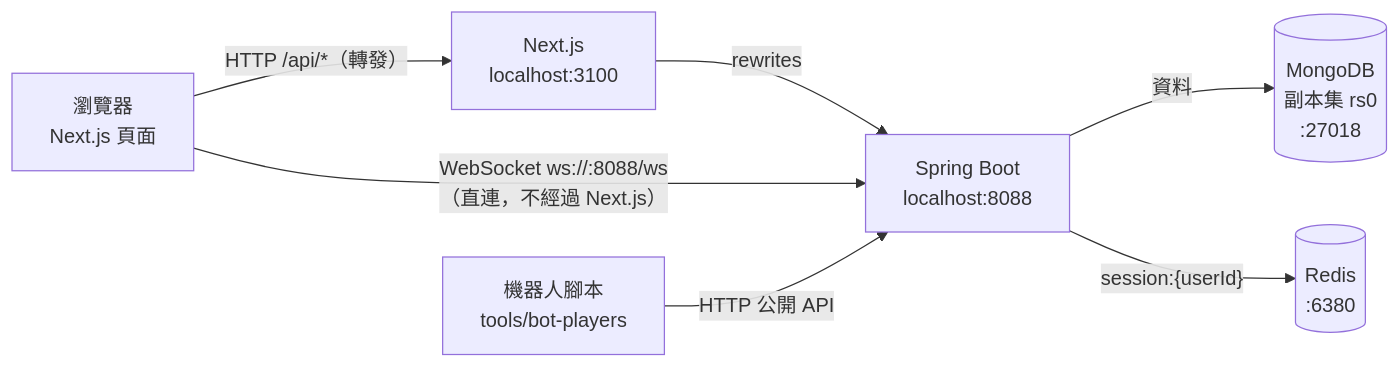
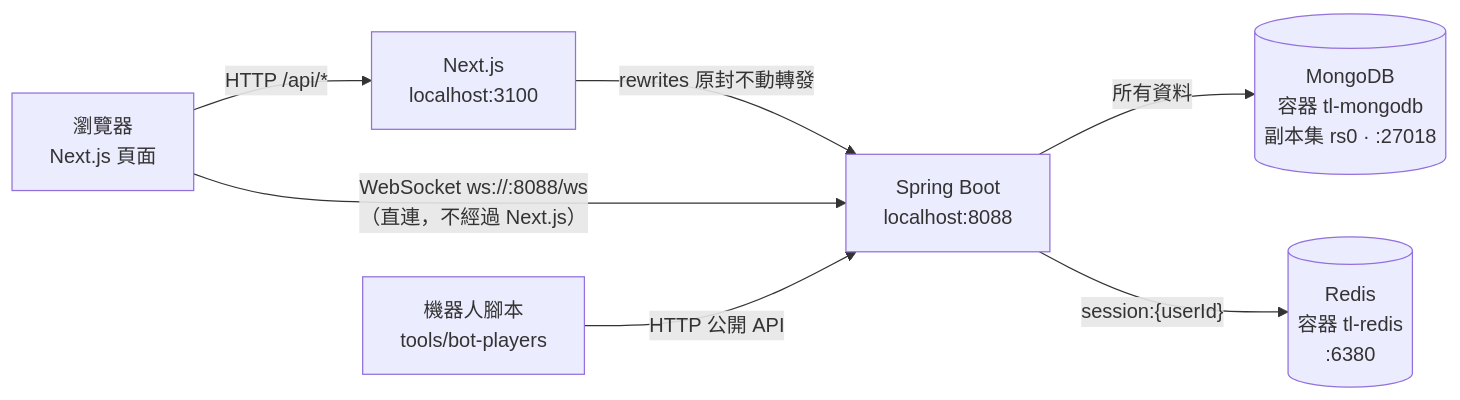
The first of 10 diagrams in docs/learning/project-workflow.md (rain-sc/30-lab), drawn with Mermaid before and after one commit. The commit also changed other lines of this file and 34 other files, not shown here.

````diff
--- a/docs/learning/project-workflow.md
+++ b/docs/learning/project-workflow.md
@@ -26,16 +41,16 @@
 ```mermaid
 flowchart LR
     Browser["瀏覽器<br/>Next.js 頁面"]
     Next["Next.js<br/>localhost:3100"]
     API["Spring Boot<br/>localhost:8088"]
-    Mongo[("MongoDB<br/>副本集 rs0<br/>:27018")]
-    Redis[("Redis<br/>:6380")]
+    Mongo[("MongoDB<br/>容器 tl-mongodb<br/>副本集 rs0 · :27018")]
+    Redis[("Redis<br/>容器 tl-redis<br/>:6380")]
     Bots["機器人腳本<br/>tools/bot-players"]
 
-    Browser -- "HTTP /api/*（轉發）" --> Next
-    Next -- "rewrites" --> API
+    Browser -- "HTTP /api/*" --> Next
+    Next -- "rewrites 原封不動轉發" --> API
     Browser -- "WebSocket ws://:8088/ws<br/>（直連，不經過 Next.js）" --> API
     Bots -- "HTTP 公開 API" --> API
-    API -- "資料" --> Mongo
+    API -- "所有資料" --> Mongo
     API -- "session:{userId}" --> Redis
 ```
````
